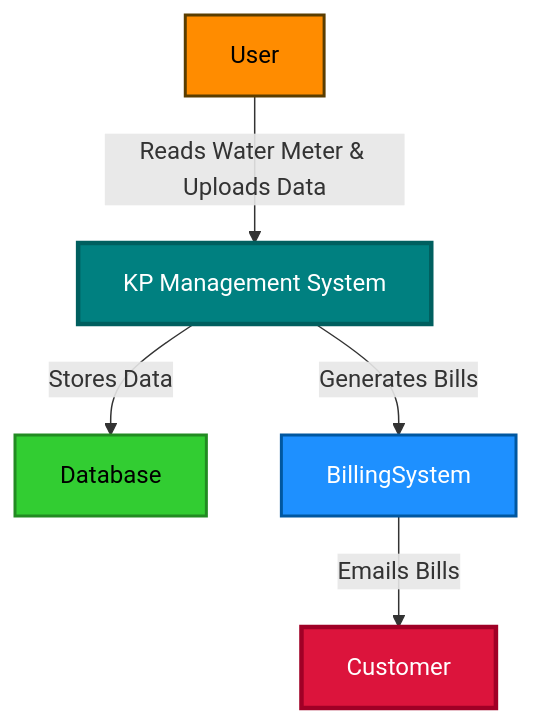
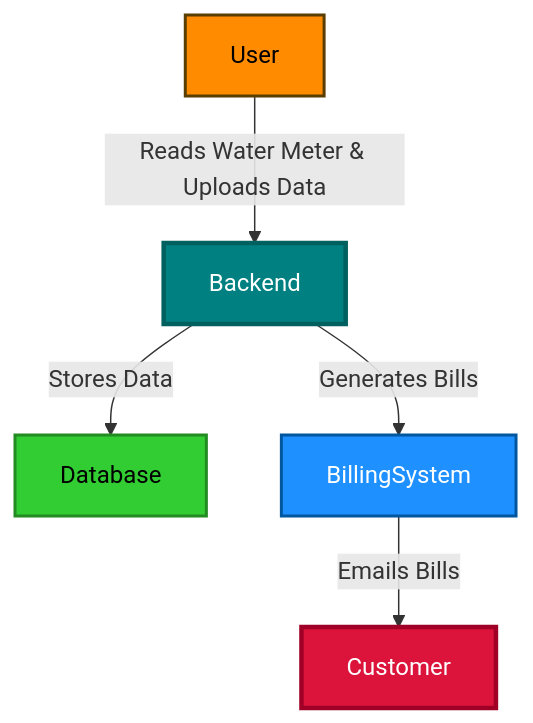
One commit to SfisoNxumalo/KpWaterBillingSystem changed the first of 2 diagrams in ARCHITECTURE.md. Above: the diagram before and after it, drawn with Mermaid. The commit also changed other lines of this file, not shown here.

````diff
--- a/ARCHITECTURE.md
+++ b/ARCHITECTURE.md
@@ -3,13 +3,13 @@
 ```mermaid
 graph TD;
     User -->|Reads Water Meter & Uploads Data| Backend
-    Backend[KP Management System] -->|Stores Data| Database
+    Backend -->|Stores Data| Database
     Backend -->|Generates Bills| BillingSystem
     BillingSystem -->|Emails Bills| Customer
     %% Apply Styles for Better Readability
   style User fill:#FF8C00,stroke:#5A3D00,stroke-width:2px,color:#000;
   style Backend fill:#008080,stroke:#005F5F,stroke-width:3px,color:#FFF;
   style BillingSystem fill:#1E90FF,stroke:#0057A0,stroke-width:2px,color:#FFF;
   style Customer fill:#DC143C,stroke:#A00026,stroke-width:3px,color:#FFF;
   style Database fill:#32CD32,stroke:#228B22,stroke-width:2px,color:#000;
 ```
````
